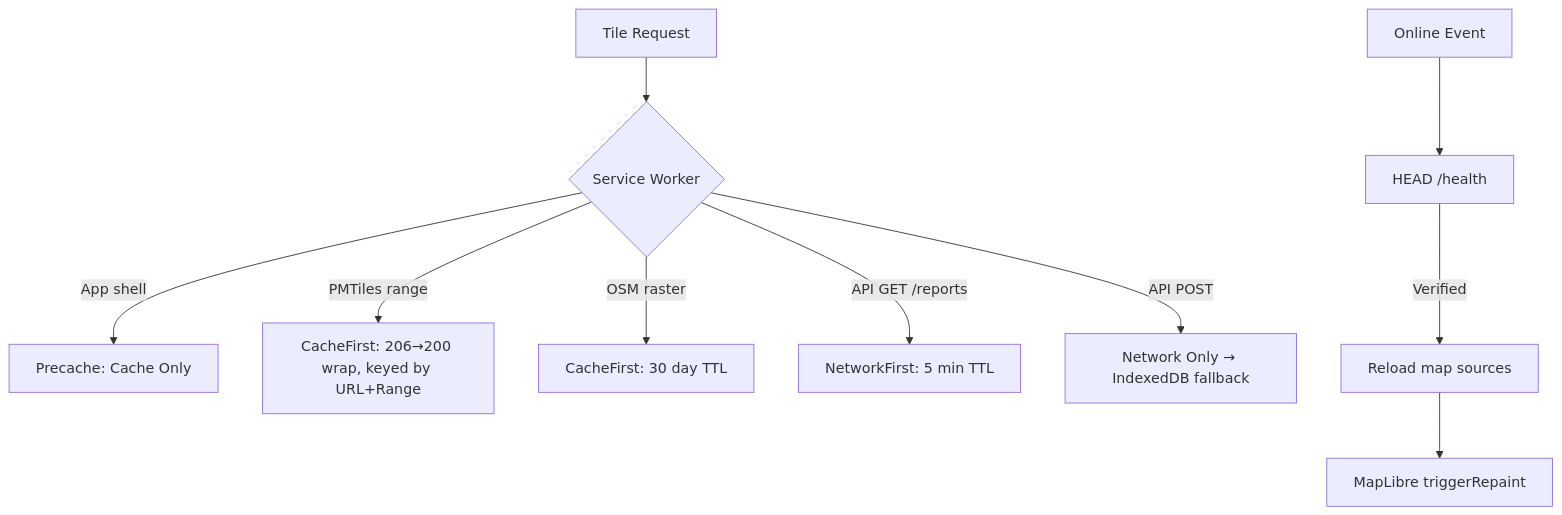
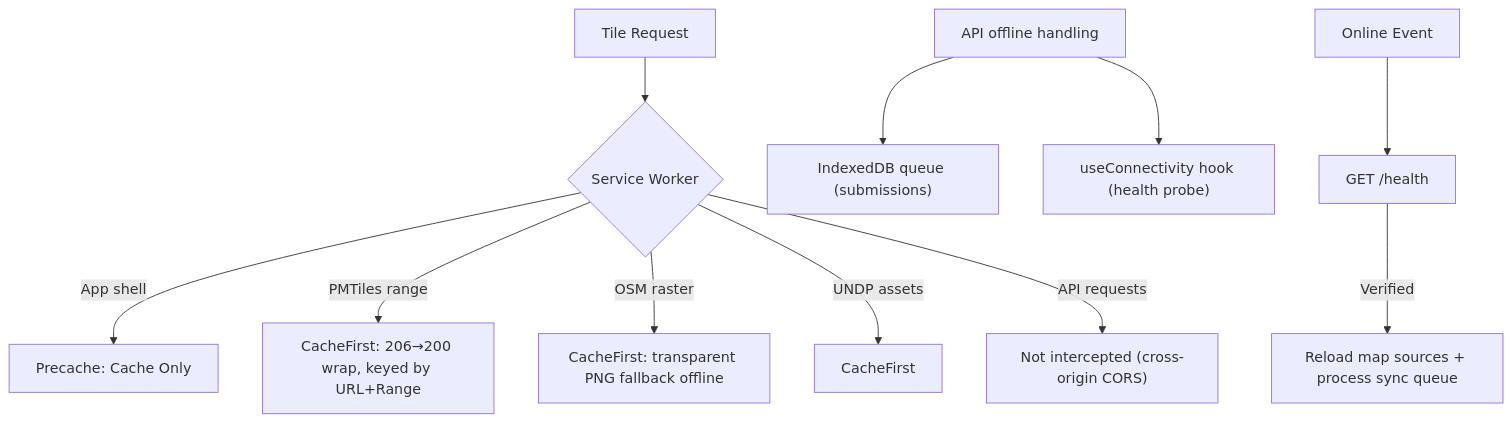
Before and after one commit to foad/terra: the ninth of 10 diagrams in docs/offline-connectivity-scenarios.md, drawn with Mermaid. The commit also changed 11 other files, not shown here.

Commit message:
add offline queue in indexeddb and sort out caching strategy

````diff
--- a/docs/offline-connectivity-scenarios.md
+++ b/docs/offline-connectivity-scenarios.md
@@ -232,13 +232,15 @@
 ```mermaid
 flowchart TD
     Request[Tile Request] --> SW{Service Worker}
     SW -->|App shell| Precache[Precache: Cache Only]
     SW -->|PMTiles range| PMCache["CacheFirst: 206→200 wrap, keyed by URL+Range"]
-    SW -->|OSM raster| OSMCache[CacheFirst: 30 day TTL]
-    SW -->|API GET /reports| APICache[NetworkFirst: 5 min TTL]
-    SW -->|API POST| NoCache[Network Only → IndexedDB fallback]
+    SW -->|OSM raster| OSMCache["CacheFirst: transparent PNG fallback offline"]
+    SW -->|UNDP assets| UNDPCache[CacheFirst]
+    SW -->|API requests| PassThrough["Not intercepted (cross-origin CORS)"]
 
-    Reconnect[Online Event] --> Verify[HEAD /health]
-    Verify -->|Verified| Reload[Reload map sources]
-    Reload --> Repaint[MapLibre triggerRepaint]
+    API["API offline handling"] --> IDB["IndexedDB queue (submissions)"]
+    API --> Connectivity["useConnectivity hook (health probe)"]
+
+    Reconnect[Online Event] --> Verify[GET /health]
+    Verify -->|Verified| Reload[Reload map sources + process sync queue]
 ```
````
